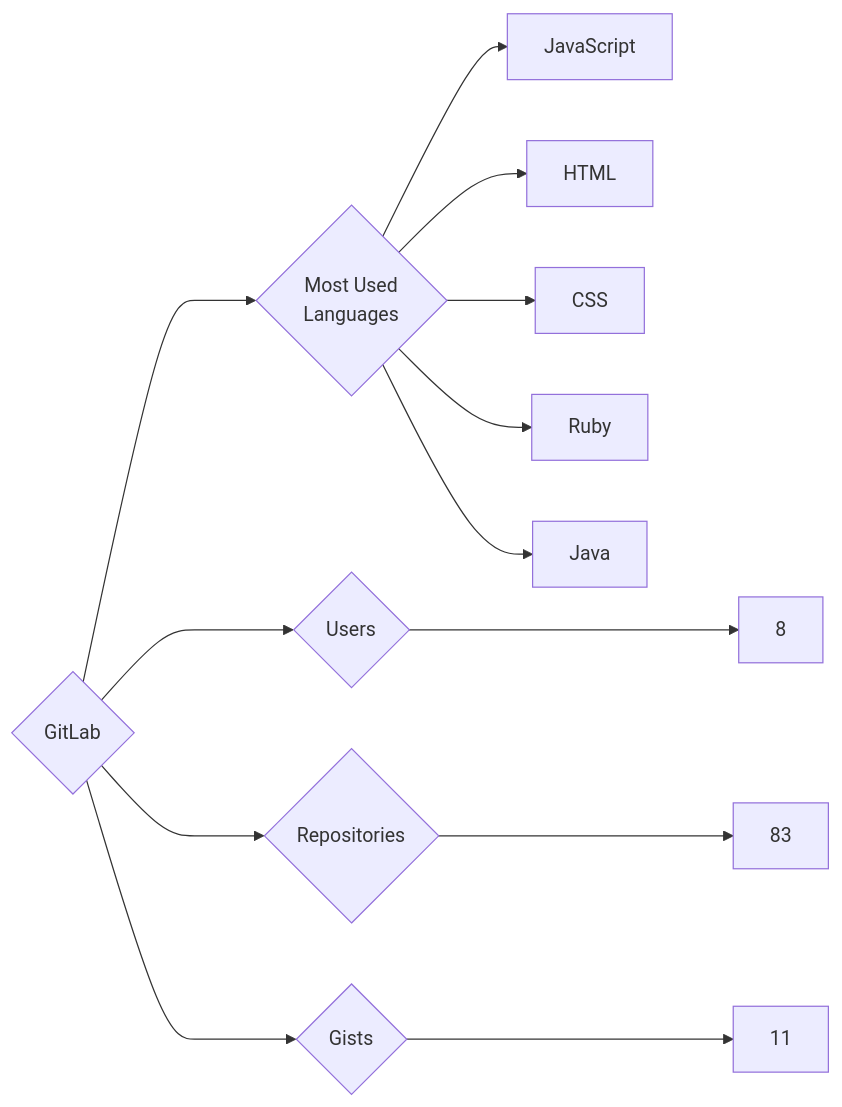
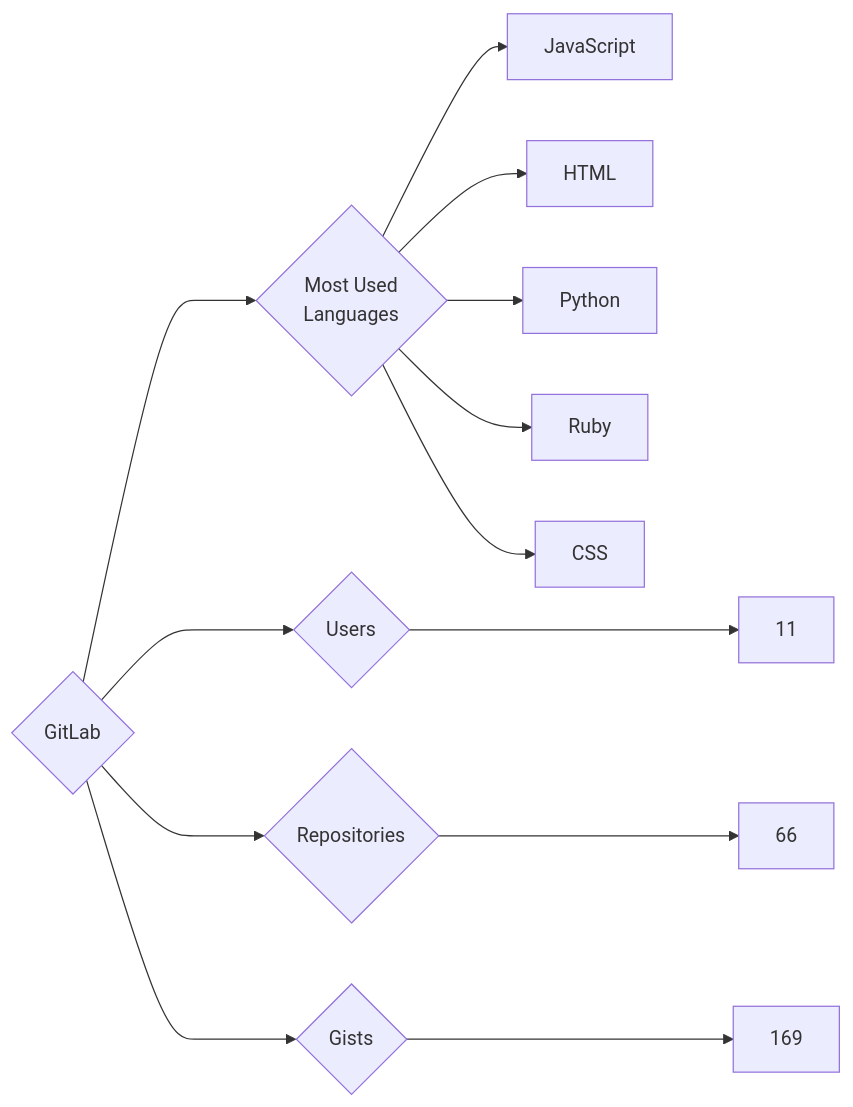
Before and after one commit to trickest/insiders: the diagram in targets/GitLab/README.md, drawn with Mermaid. The commit also changed 736 other files, not shown here.

````diff
--- a/targets/GitLab/README.md
+++ b/targets/GitLab/README.md
@@ -3,13 +3,13 @@
 ```mermaid
 graph LR
 COMPANY_NAME{GitLab}
-COMPANY_NAME ---> U{Users} ---> UN[8]
-COMPANY_NAME ---> R{Repositories} ---> RN[83]
-COMPANY_NAME ---> G{Gists} ---> GN[11]
+COMPANY_NAME ---> U{Users} ---> UN[11]
+COMPANY_NAME ---> R{Repositories} ---> RN[66]
+COMPANY_NAME ---> G{Gists} ---> GN[169]
 COMPANY_NAME ---> ML{Most Used<br>Languages}
 ML --> JavaScript[JavaScript]
 ML --> HTML[HTML]
+ML --> Python[Python]
+ML --> Ruby[Ruby]
 ML --> CSS[CSS]
-ML --> Ruby[Ruby]
-ML --> Java[Java]
 ```
````
